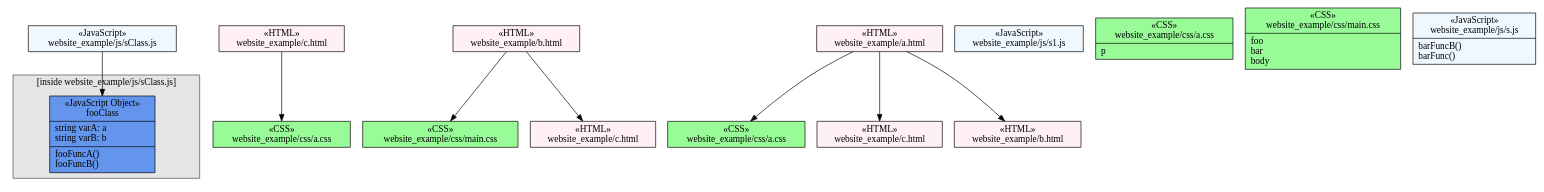
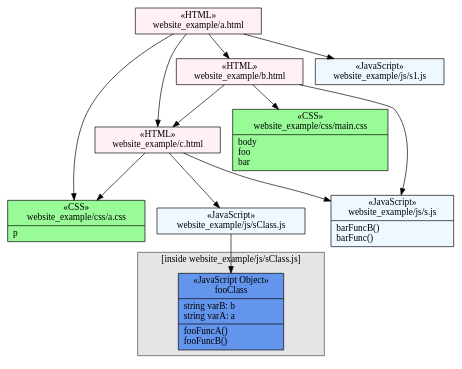
The diagram in example/result/example.dot (bakunin95/wavi), drawn with Graphviz before and after one commit. The commit also changed 4 other files, not shown here.

```diff
--- a/example/result/example.dot
+++ b/example/result/example.dot
@@ -1,34 +1,32 @@
 digraph G {
 	graph [splines=true, overlap=prism];
 	node [label="\N"];
-	graph [bb="0,0,644,524"];
-	subgraph cluster_5 {
+	graph [bb="0,0,658,753"];
+	subgraph cluster_4 {
 		graph [style=filled,
 			color=gray28,
 			fillcolor=gray90,
 			label="[inside website_example/js/sClass.js]",
-			bb="361.3,322.7,584.3,476.7"];
-		n20 [label="{&laquo;JavaScript Object»\nfooClass|string varA: a\lstring varB: b\l|fooFuncA()\lfooFuncB()\l}", shape=record, style=filled, fillcolor=CornflowerBlue, pos="472.97,388.36", rects="407.47,407.36,538.47,445.36 407.47,369.36,538.47,407.36 407.47,331.36,538.47,369.36", width="1.8125", height="1.5972"];
+			bb="-0.22989,598.97,222.77,752.97"];
+		n8 [label="{&laquo;JavaScript Object»\nfooClass|string varB: b\lstring varA: a\l|fooFuncA()\lfooFuncB()\l}", shape=record, style=filled, fillcolor=CornflowerBlue, pos="110.93,664.83", rects="45.43,683.83,176.43,721.83 45.43,645.83,176.43,683.83 45.43,607.83,176.43,645.83", width="1.8125", height="1.5972"];
 	}
-	n8 [label="{&laquo;CSS»\nwebsite_example/css/a.css}", shape=record, style=filled, fillcolor=palegreen, pos="425.54,171.32", rects="342.04,152.32,509.04,190.32", width="2.3125", height="0.54167"];
-	n15 [label="{&laquo;CSS»\nwebsite_example/css/main.css}", shape=record, style=filled, fillcolor=palegreen, pos="169.76,361.52", rects="76.257,342.52,263.26,380.52", width="2.5903", height="0.54167"];
-	n11 [label="{&laquo;CSS»\nwebsite_example/css/a.css}", shape=record, style=filled, fillcolor=palegreen, pos="140.9,132.54", rects="57.403,113.54,224.4,151.54", width="2.3125", height="0.54167"];
-	n10 [label="{&laquo;HTML»\nwebsite_example/c.html}", shape=record, style=filled, fillcolor=lavenderblush, pos="260.11,504.34", rects="185.11,485.34,335.11,523.34", width="2.0833", height="0.54167"];
-	n1 [label="{&laquo;HTML»\nwebsite_example/c.html}", shape=record, style=filled, fillcolor=lavenderblush, pos="462.36,218.32", rects="387.36,199.32,537.36,237.32", width="2.0833", height="0.54167"];
-	n0 [label="{&laquo;HTML»\nwebsite_example/a.html}", shape=record, style=filled, fillcolor=lavenderblush, pos="231.23,179.54", rects="156.73,160.54,305.73,198.54", width="2.0625", height="0.54167"];
-	n16 [label="{&laquo;HTML»\nwebsite_example/c.html}", shape=record, style=filled, fillcolor=lavenderblush, pos="316.96,95.623", rects="241.96,76.623,391.96,114.62", width="2.0833", height="0.54167"];
-	n2 [label="{&laquo;HTML»\nwebsite_example/b.html}", shape=record, style=filled, fillcolor=lavenderblush, pos="253.52,408.52", rects="178.02,389.52,329.02,427.52", width="2.0903", height="0.54167"];
-	n13 [label="{&laquo;HTML»\nwebsite_example/b.html}", shape=record, style=filled, fillcolor=lavenderblush, pos="304.91,277.74", rects="229.41,258.74,380.41,296.74", width="2.0903", height="0.54167"];
-	n5 [label="{&laquo;JavaScript»\nwebsite_example/js/sClass.js}", shape=record, style=filled, fillcolor=aliceblue, pos="554.66,504.2", rects="465.66,485.2,643.66,523.2", width="2.4722", height="0.54167"];
-	n4 [label="{&laquo;JavaScript»\nwebsite_example/js/s1.js}", shape=record, style=filled, fillcolor=aliceblue, pos="77.145,437.3", rects="0.14487,418.3,154.14,456.3", width="2.1389", height="0.54167"];
-	n7 [label="{&laquo;CSS»\nwebsite_example/css/a.css|p\l}", shape=record, style=filled, fillcolor=palegreen, pos="140.14,50.296", rects="56.645,42.796,223.64,80.796 56.645,19.796,223.64,42.796", width="2.3194", height="0.86111"];
-	n6 [label="{&laquo;CSS»\nwebsite_example/css/main.css|foo\lbar\lbody\l}", shape=record, style=filled, fillcolor=palegreen, pos="511.14,46.296", rects="417.64,53.796,604.64,91.796 417.64,0.79626,604.64,53.796", width="2.5972", height="1.2778"];
-	n3 [label="{&laquo;JavaScript»\nwebsite_example/js/s.js|barFuncB()\lbarFunc()\l}", shape=record, style=filled, fillcolor=aliceblue, pos="130.14,266.3", rects="56.645,266.3,203.64,304.3 56.645,228.3,203.64,266.3", width="2.0417", height="1.0694"];
-	n0 -> n16 [pos="e,297.29,114.88 250.68,160.5 262.33,149.1 277.3,134.44 290.07,121.95"];
-	n2 -> n10 [pos="e,258.8,485.3 254.85,427.91 255.79,441.51 257.06,459.92 258.11,475.27"];
-	n0 -> n13 [pos="e,290.63,258.72 245.78,198.94 256.85,213.7 272.23,234.18 284.52,250.57"];
-	n0 -> n11 [pos="e,177.61,151.64 194.49,160.42 191.88,159.06 189.23,157.68 186.58,156.3"];
-	n5 -> n20 [pos="e,513.29,445.54 541.17,485.07 534.97,476.28 527.22,465.28 519.18,453.88"];
-	n2 -> n15 [pos="e,203.8,380.62 219.45,389.4 217.19,388.14 214.9,386.85 212.6,385.56"];
-	n1 -> n8 [pos="e,440.62,190.57 447.38,199.2 447.24,199.02 447.1,198.84 446.96,198.67"];
+	n3 [label="{&laquo;HTML»\nwebsite_example/b.html}", shape=record, style=filled, fillcolor=lavenderblush, pos="235.76,221.99", rects="160.26,202.99,311.26,240.99", width="2.0903", height="0.54167"];
+	n5 [label="{&laquo;HTML»\nwebsite_example/c.html}", shape=record, style=filled, fillcolor=lavenderblush, pos="318.64,401.77", rects="243.64,382.77,393.64,420.77", width="2.0833", height="0.54167"];
+	n0 [label="{&laquo;HTML»\nwebsite_example/a.html}", shape=record, style=filled, fillcolor=lavenderblush, pos="507.64,375.34", rects="433.14,356.34,582.14,394.34", width="2.0625", height="0.54167"];
+	n7 [label="{&laquo;JavaScript»\nwebsite_example/js/s1.js}", shape=record, style=filled, fillcolor=aliceblue, pos="580.94,523.23", rects="503.94,504.23,657.94,542.23", width="2.1389", height="0.54167"];
+	n4 [label="{&laquo;JavaScript»\nwebsite_example/js/sClass.js}", shape=record, style=filled, fillcolor=aliceblue, pos="319.77,593.67", rects="230.77,574.67,408.77,612.67", width="2.4722", height="0.54167"];
+	n1 [label="{&laquo;CSS»\nwebsite_example/css/a.css|p\l}", shape=record, style=filled, fillcolor=palegreen, pos="517.29,164.91", rects="433.79,157.41,600.79,195.41 433.79,134.41,600.79,157.41", width="2.3125", height="0.86111"];
+	n2 [label="{&laquo;CSS»\nwebsite_example/css/main.css|body\lfoo\lbar\l}", shape=record, style=filled, fillcolor=palegreen, pos="271.21,45.96", rects="177.71,53.46,364.71,91.46 177.71,0.46036,364.71,53.46", width="2.5903", height="1.2778"];
+	n6 [label="{&laquo;JavaScript»\nwebsite_example/js/s.js|barFuncB()\lbarFunc()\l}", shape=record, style=filled, fillcolor=aliceblue, pos="127.01,383.52", rects="53.506,383.52,200.51,421.52 53.506,345.52,200.51,383.52", width="2.0347", height="1.0694"];
+	n3 -> n6 [pos="e,152.71,345.34 222.86,241.15 207.05,264.63 179.74,305.2 158.3,337.04"];
+	n5 -> n6 [pos="e,200.72,390.54 243.45,394.61 232.81,393.59 221.8,392.54 211,391.52"];
+	n5 -> n1 [pos="e,491.57,195.58 334.9,382.38 367.62,343.37 441.96,254.73 484.95,203.47"];
+	n0 -> n3 [pos="e,269.64,241.1 473.76,356.23 424.37,328.38 332.64,276.64 278.62,246.17"];
+	n0 -> n5 [pos="e,393.73,391.27 432.95,385.79 423.37,387.12 413.52,388.5 403.79,389.86"];
+	n5 -> n4 [pos="e,319.66,574.65 318.76,420.87 318.95,454.56 319.37,524.75 319.6,564.53"];
+	n3 -> n5 [pos="e,309.84,382.66 244.63,241.23 259.27,272.99 288.58,336.55 305.59,373.45"];
+	n0 -> n7 [pos="e,571.31,503.81 517.07,394.38 529.7,419.86 552.21,465.28 566.86,494.82"];
+	n0 -> n1 [pos="e,515.89,195.5 508.52,356.3 510.07,322.41 513.34,250.97 515.43,205.6"];
+	n4 -> n8 [pos="e,176.69,642.42 263.8,612.74 240.02,620.85 211.93,630.42 186.35,639.13"];
+	n3 -> n2 [pos="e,262,91.709 239.62,202.82 244.47,178.73 253.01,136.35 259.98,101.72"];
 }
```
